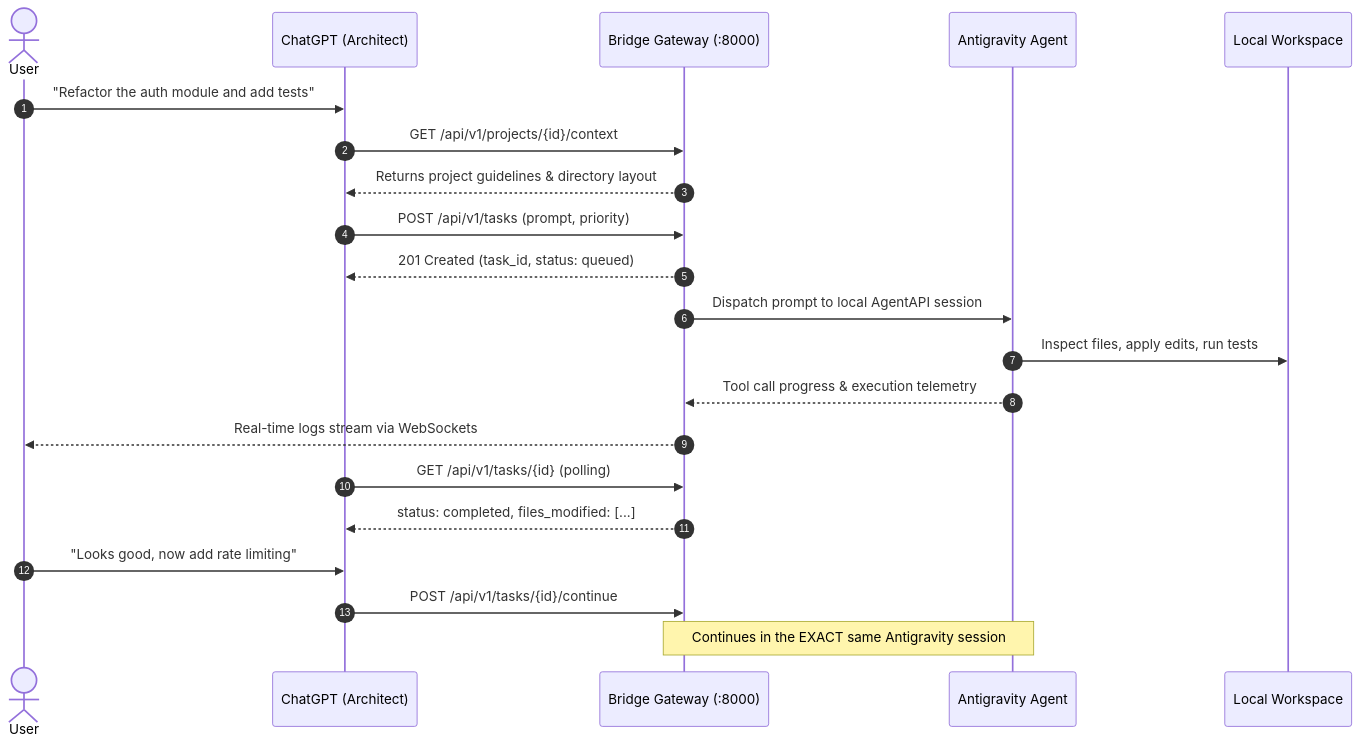
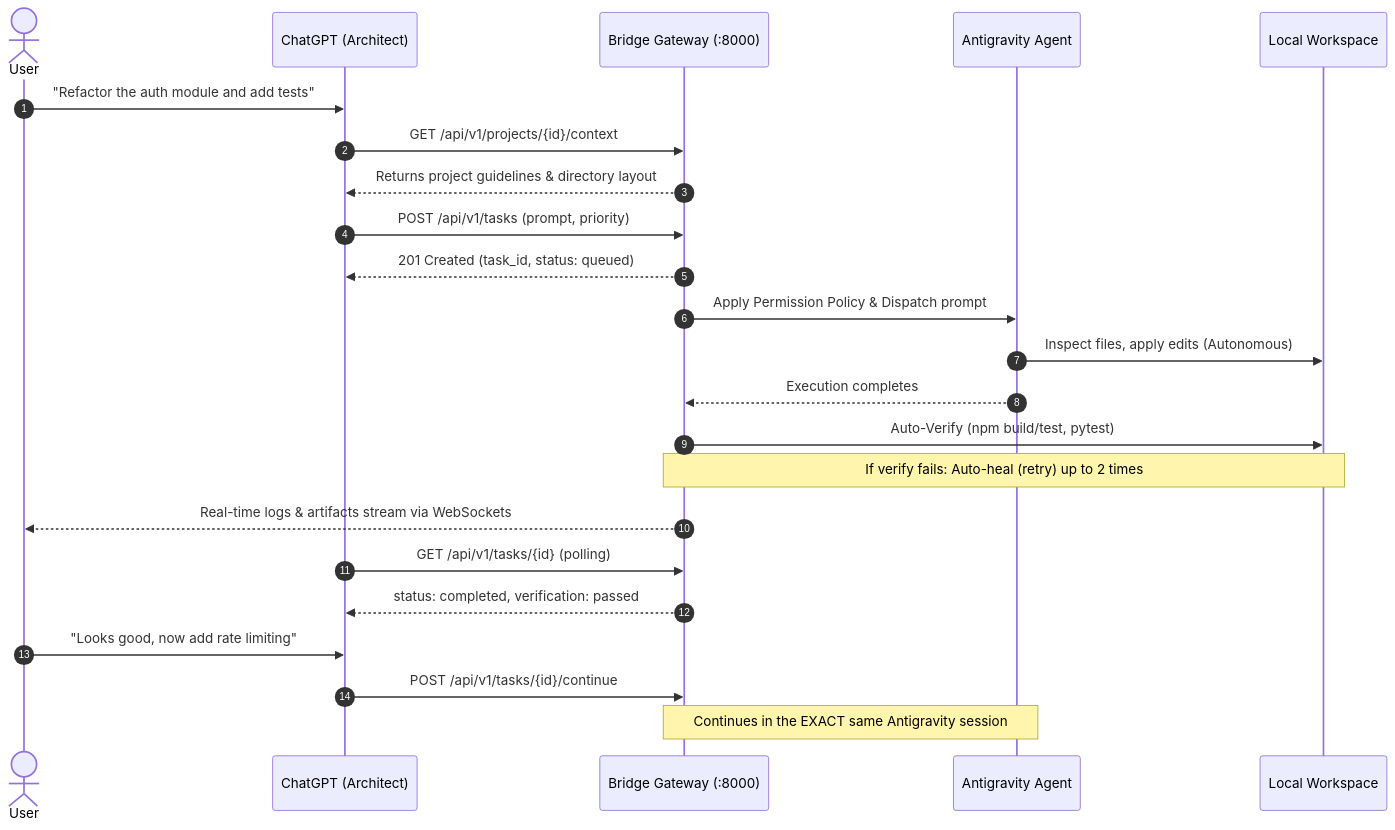
The second of 2 diagrams in README.md (aiengmohamedtayal-netizen/ChatGPT-Antigravity-Bridge), drawn with Mermaid before and after one commit. The commit also changed other lines of this file and 11 other files, not shown here.

Commit message:
feat: Autonomous Workspace Discovery, Smart Resolution, Policy Engine, Auto-Verification and Self-Healing

````diff
--- a/README.md
+++ b/README.md
@@ -65,27 +65,30 @@
 ```mermaid
 sequenceDiagram
     autonumber
     actor User
     participant ChatGPT as ChatGPT (Architect)
     participant Gateway as Bridge Gateway (:8000)
     participant Antigravity as Antigravity Agent
     participant Disk as Local Workspace
 
     User->>ChatGPT: "Refactor the auth module and add tests"
     ChatGPT->>Gateway: GET /api/v1/projects/{id}/context
     Gateway-->>ChatGPT: Returns project guidelines & directory layout
     ChatGPT->>Gateway: POST /api/v1/tasks (prompt, priority)
     Gateway-->>ChatGPT: 201 Created (task_id, status: queued)
     
-    Gateway->>Antigravity: Dispatch prompt to local AgentAPI session
-    Antigravity->>Disk: Inspect files, apply edits, run tests
-    Antigravity-->>Gateway: Tool call progress & execution telemetry
-    Gateway-->>User: Real-time logs stream via WebSockets
+    Gateway->>Antigravity: Apply Permission Policy & Dispatch prompt
+    Antigravity->>Disk: Inspect files, apply edits (Autonomous)
+    Antigravity-->>Gateway: Execution completes
+    
+    Gateway->>Disk: Auto-Verify (npm build/test, pytest)
+    Note over Gateway,Disk: If verify fails: Auto-heal (retry) up to 2 times
+    Gateway-->>User: Real-time logs & artifacts stream via WebSockets
     
     ChatGPT->>Gateway: GET /api/v1/tasks/{id} (polling)
-    Gateway-->>ChatGPT: status: completed, files_modified: [...]
+    Gateway-->>ChatGPT: status: completed, verification: passed
     
     User->>ChatGPT: "Looks good, now add rate limiting"
     ChatGPT->>Gateway: POST /api/v1/tasks/{id}/continue
     Note over Gateway,Antigravity: Continues in the EXACT same Antigravity session
 ```
````
